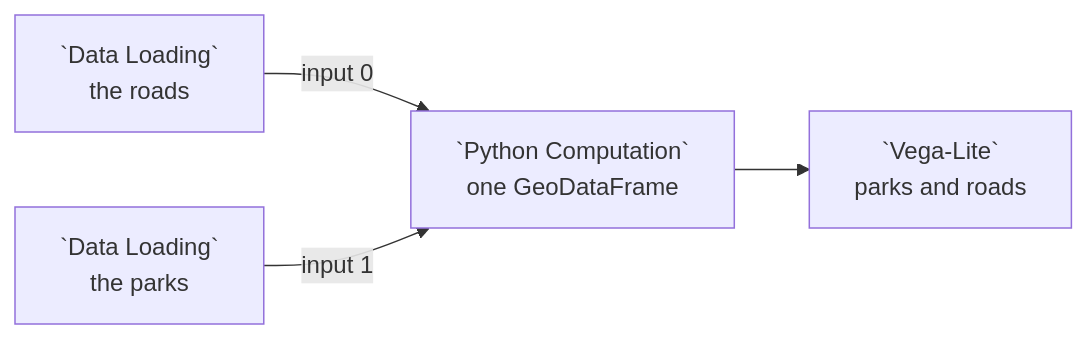
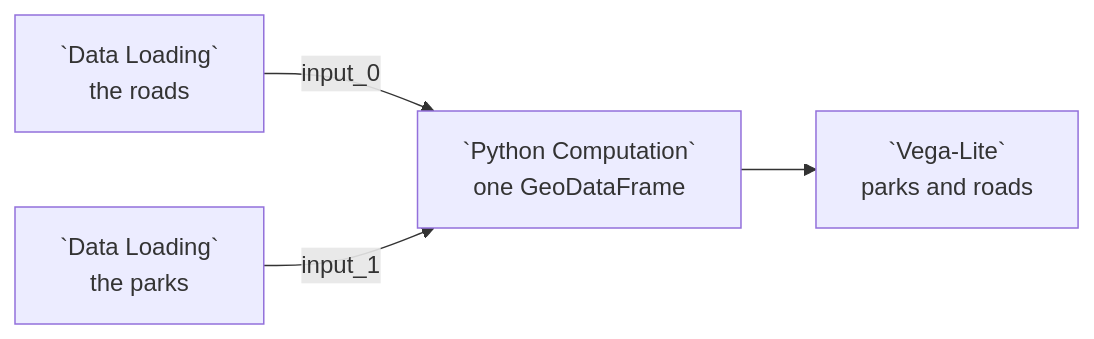
The diagram in docs/examples/23-storage-folder-of-different-files.md (urban-toolkit/curio), drawn with Mermaid before and after one commit. The commit also changed 146 other files, not shown here.

````diff
--- a/docs/examples/23-storage-folder-of-different-files.md
+++ b/docs/examples/23-storage-folder-of-different-files.md
@@ -27,6 +27,6 @@
 ```mermaid
 flowchart LR
-  R[`Data Loading`<br/>the roads] -->|input 0| C[`Python Computation`<br/>one GeoDataFrame]
-  P[`Data Loading`<br/>the parks] -->|input 1| C
+  R[`Data Loading`<br/>the roads] -->|input_0| C[`Python Computation`<br/>one GeoDataFrame]
+  P[`Data Loading`<br/>the parks] -->|input_1| C
   C --> V[`Vega-Lite`<br/>parks and roads]
 ```
````
